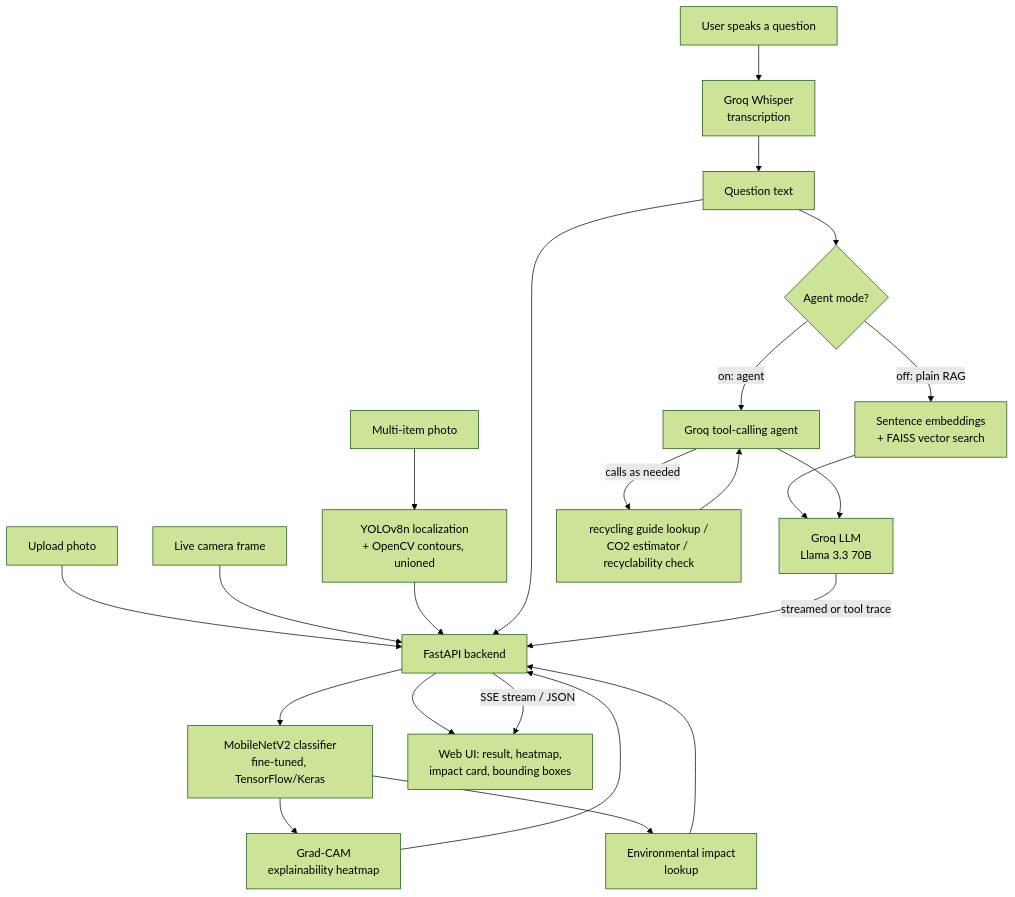
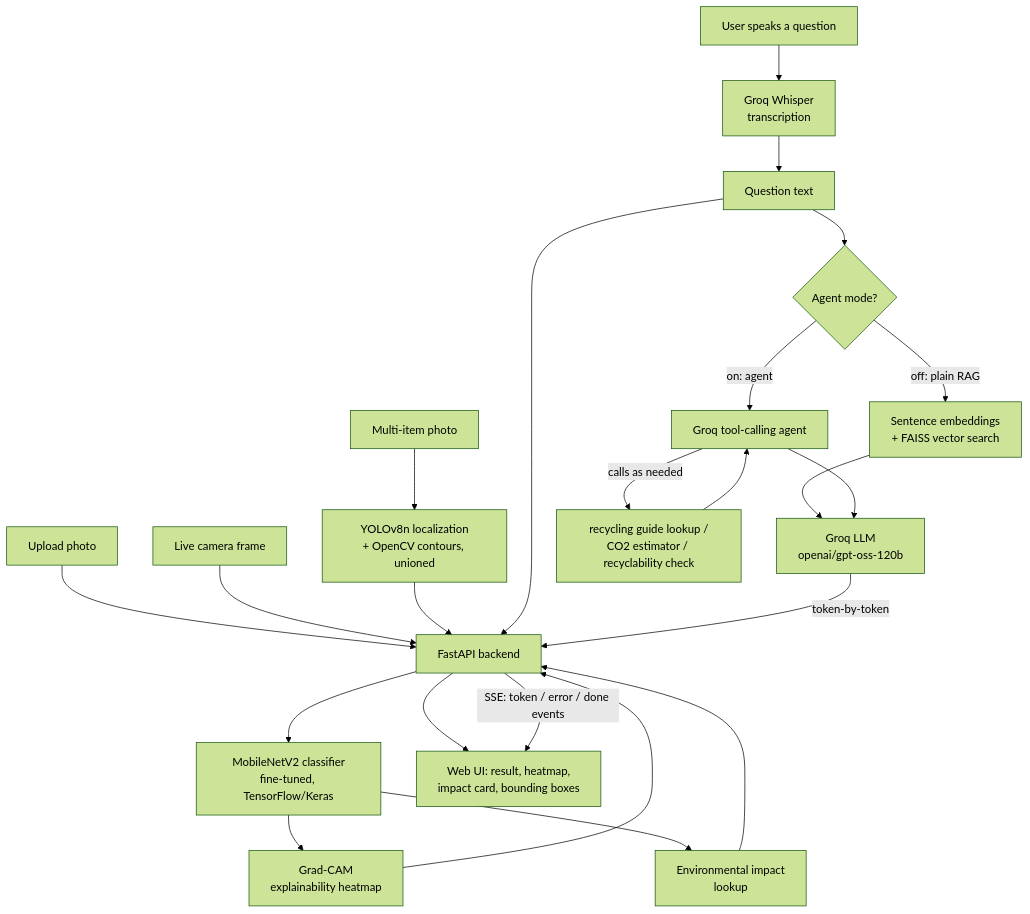
One commit to muhammadmoeed1/waste-classifier changed the diagram in README.md. Above: the diagram before and after it, drawn with Mermaid (forest theme). The commit also changed other lines of this file and 7 other files, not shown here.

First line of the commit message:
Add clean error handling and real SSE streaming for chat

````diff
--- a/README.md
+++ b/README.md
@@ -49,28 +49,28 @@
 ```mermaid
 flowchart TD
     U[Upload photo] --> API[FastAPI backend]
     C[Live camera frame] --> API
     M[Multi-item photo] --> DET[YOLOv8n localization<br/>+ OpenCV contours, unioned]
     DET --> API
 
     API --> CV[MobileNetV2 classifier<br/>fine-tuned, TensorFlow/Keras]
     CV --> XAI[Grad-CAM<br/>explainability heatmap]
     CV --> IMP[Environmental impact<br/>lookup]
     XAI --> API
     IMP --> API
     API --> UI[Web UI: result, heatmap,<br/>impact card, bounding boxes]
 
     V[User speaks a question] --> WSP[Groq Whisper<br/>transcription]
     WSP --> Q[Question text]
     Q --> API
 
     Q --> RAGPATH{Agent mode?}
     RAGPATH -->|off: plain RAG| RAG[Sentence embeddings<br/>+ FAISS vector search]
-    RAG --> LLM[Groq LLM<br/>Llama 3.3 70B]
+    RAG --> LLM[Groq LLM<br/>openai/gpt-oss-120b]
     RAGPATH -->|on: agent| AGENT[Groq tool-calling agent]
     AGENT -->|calls as needed| TOOLS[recycling guide lookup /<br/>CO2 estimator / recyclability check]
     TOOLS --> AGENT
     AGENT --> LLM
-    LLM -->|streamed or tool trace| API
-    API -->|SSE stream / JSON| UI
+    LLM -->|token-by-token| API
+    API -->|"SSE: token / error / done events"| UI
 ```
````
